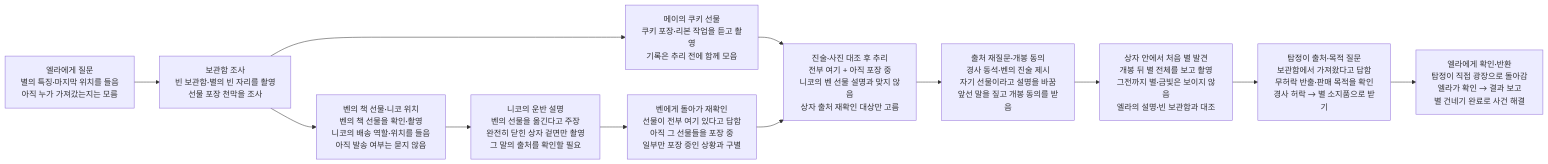
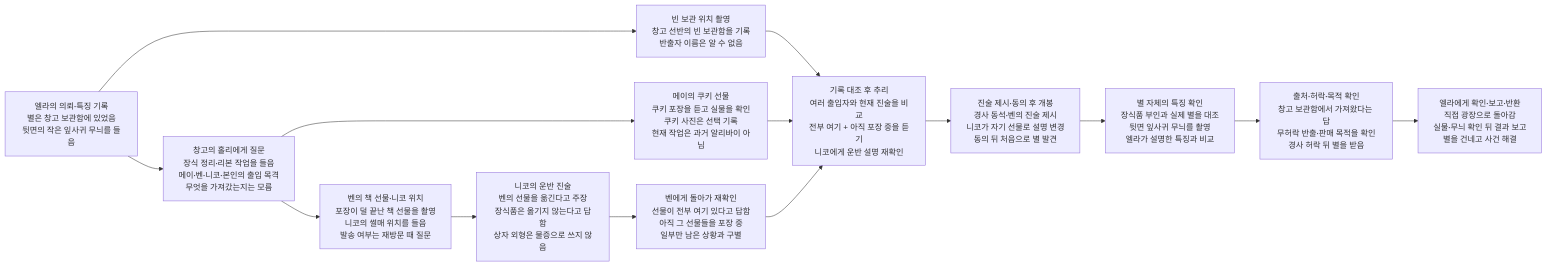
The second of 2 diagrams in design/case-10-christmas-star.md (wonny95/detective-v2), drawn with Mermaid before and after one commit. The commit also changed other lines of this file and 6 other files, not shown here.

````diff
--- a/design/case-10-christmas-star.md
+++ b/design/case-10-christmas-star.md
@@ -51,25 +47,28 @@
 ```mermaid
 flowchart LR
-    s1["엘라에게 질문<br/>별의 특징·마지막 위치를 들음<br/>아직 누가 가져갔는지는 모름"]
-    s2["보관함 조사<br/>빈 보관함·별의 빈 자리를 촬영<br/>선물 포장 천막을 조사"]
-    s3["메이의 쿠키 선물<br/>쿠키 포장·리본 작업을 듣고 촬영<br/>기록은 추리 전에 함께 모음"]
-    s4["벤의 책 선물·니코 위치<br/>벤의 책 선물을 확인·촬영<br/>니코의 배송 역할·위치를 들음<br/>아직 발송 여부는 묻지 않음"]
-    s6["니코의 운반 설명<br/>벤의 선물을 옮긴다고 주장<br/>완전히 닫힌 상자 겉면만 촬영<br/>그 말의 출처를 확인할 필요"]
-    s7["벤에게 돌아가 재확인<br/>선물이 전부 여기 있다고 답함<br/>아직 그 선물들을 포장 중<br/>일부만 포장 중인 상황과 구별"]
-    s8["진술·사진 대조 후 추리<br/>전부 여기 + 아직 포장 중<br/>니코의 벤 선물 설명과 맞지 않음<br/>상자 출처 재확인 대상만 고름"]
-    s9["출처 재질문·개봉 동의<br/>경사 동석·벤의 진술 제시<br/>자기 선물이라고 설명을 바꿈<br/>앞선 말을 짚고 개봉 동의를 받음"]
-    s10["상자 안에서 처음 별 발견<br/>개봉 뒤 별 전체를 보고 촬영<br/>그전까지 별·금빛은 보이지 않음<br/>엘라의 설명·빈 보관함과 대조"]
-    s11["탐정이 출처·목적 질문<br/>보관함에서 가져왔다고 답함<br/>무허락 반출·판매 목적을 확인<br/>경사 허락 → 별 소지품으로 받기"]
-    s12["엘라에게 확인·반환<br/>탐정이 직접 광장으로 돌아감<br/>엘라가 확인 → 결과 보고<br/>별 건네기 완료로 사건 해결"]
+    s1["엘라의 의뢰·특징 기록<br/>별은 창고 보관함에 있었음<br/>뒷면의 작은 잎사귀 무늬를 들음"]
+    s2["창고의 홀리에게 질문<br/>장식 정리·리본 작업을 들음<br/>메이·벤·니코·본인의 출입 목격<br/>무엇을 가져갔는지는 모름"]
+    s3["빈 보관 위치 촬영<br/>창고 선반의 빈 보관함을 기록<br/>반출자 이름은 알 수 없음"]
+    s4["메이의 쿠키 선물<br/>쿠키 포장을 듣고 실물을 확인<br/>쿠키 사진은 선택 기록<br/>현재 작업은 과거 알리바이 아님"]
+    s5["벤의 책 선물·니코 위치<br/>포장이 덜 끝난 책 선물을 촬영<br/>니코의 썰매 위치를 들음<br/>발송 여부는 재방문 때 질문"]
+    s6["니코의 운반 진술<br/>벤의 선물을 옮긴다고 주장<br/>장식품은 옮기지 않는다고 답함<br/>상자 외형은 물증으로 쓰지 않음"]
+    s7["벤에게 돌아가 재확인<br/>선물이 전부 여기 있다고 답함<br/>아직 그 선물들을 포장 중<br/>일부만 남은 상황과 구별"]
+    s8["기록 대조 후 추리<br/>여러 출입자와 현재 진술을 비교<br/>전부 여기 + 아직 포장 중을 듣기<br/>니코에게 운반 설명 재확인"]
+    s9["진술 제시·동의 후 개봉<br/>경사 동석·벤의 진술 제시<br/>니코가 자기 선물로 설명 변경<br/>동의 뒤 처음으로 별 발견"]
+    s10["별 자체의 특징 확인<br/>장식품 부인과 실제 별을 대조<br/>뒷면 잎사귀 무늬를 촬영<br/>엘라가 설명한 특징과 비교"]
+    s11["출처·허락·목적 확인<br/>창고 보관함에서 가져왔다는 답<br/>무허락 반출·판매 목적을 확인<br/>경사 허락 뒤 별을 받음"]
+    s12["엘라에게 확인·보고·반환<br/>직접 광장으로 돌아감<br/>실물·무늬 확인 뒤 결과 보고<br/>별을 건네고 사건 해결"]
     s1 --> s2
-    s2 --> s3
+    s1 --> s3
     s2 --> s4
-    s4 --> s6
+    s2 --> s5
     s3 --> s8
+    s4 --> s8
+    s5 --> s6
     s6 --> s7
     s7 --> s8
     s8 --> s9
     s9 --> s10
     s10 --> s11
     s11 --> s12
 ```
````
